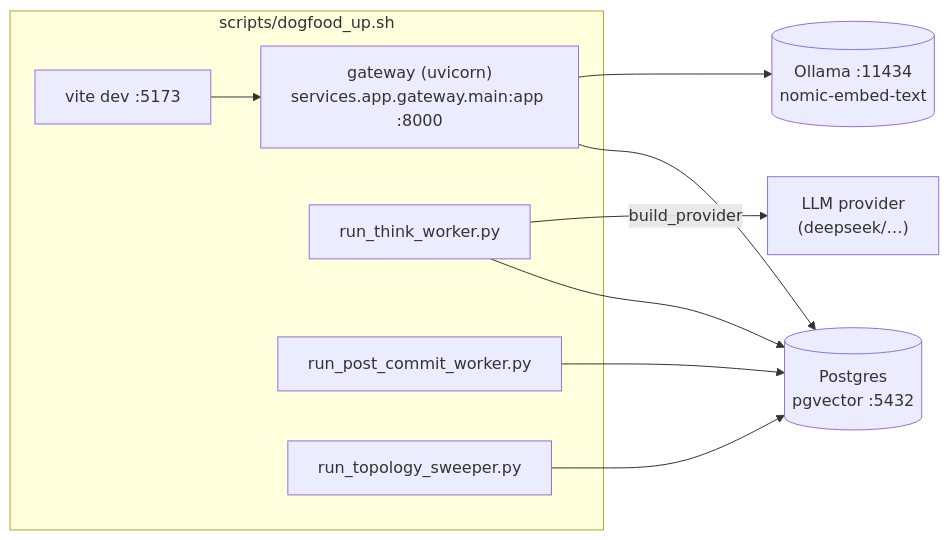
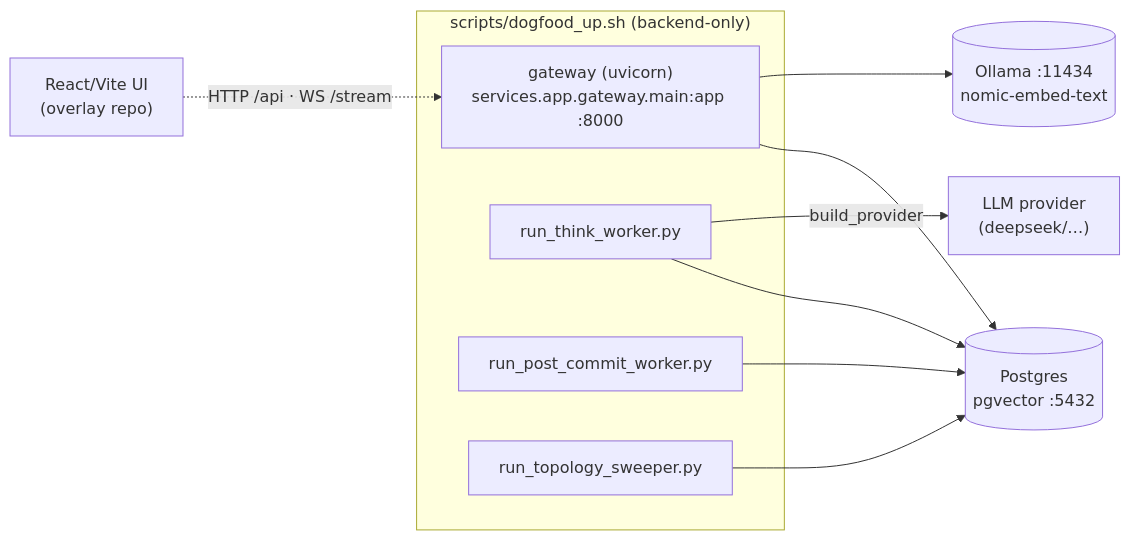
One commit to Fyralisinc/fyraliscore changed diagram 12 of 13 in FYRALIS.md. Above: the diagram before and after it, drawn with Mermaid. The commit also changed other lines of this file and 356 other files, not shown here.

````diff
--- a/FYRALIS.md
+++ b/FYRALIS.md
@@ -1300,18 +1305,18 @@
 ```mermaid
 flowchart LR
   pg[("Postgres<br/>pgvector :5432")]
   ol[("Ollama :11434<br/>nomic-embed-text")]
-  subgraph dogfood["scripts/dogfood_up.sh"]
+  subgraph dogfood["scripts/dogfood_up.sh (backend-only)"]
     gw["gateway (uvicorn)<br/>services.app.gateway.main:app :8000"]
     tw["run_think_worker.py"]
     pc["run_post_commit_worker.py"]
     ts["run_topology_sweeper.py"]
-    ui["vite dev :5173"]
   end
+  ui["React/Vite UI<br/>(overlay repo)"]
   gw --> pg & ol
   tw --> pg
   pc --> pg
   ts --> pg
-  ui --> gw
+  ui -. "HTTP /api · WS /stream" .-> gw
   tw -->|build_provider| llm["LLM provider<br/>(deepseek/…)"]
 ```
````
